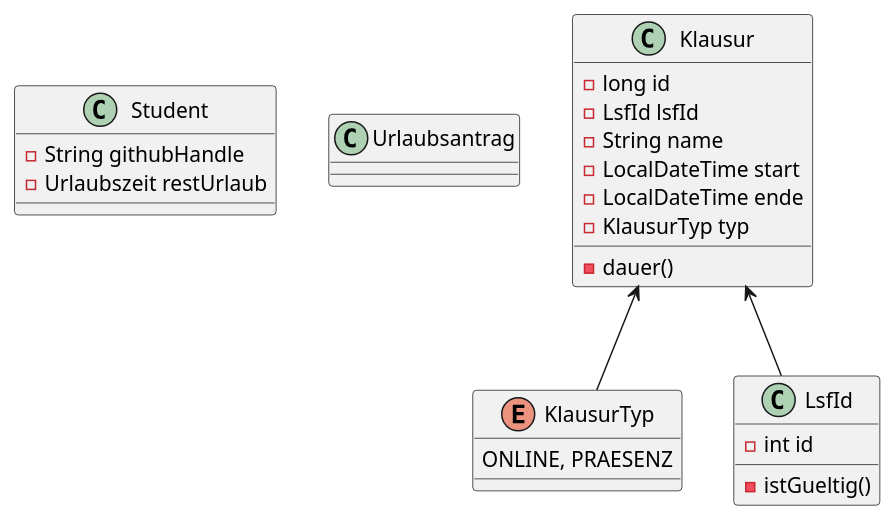
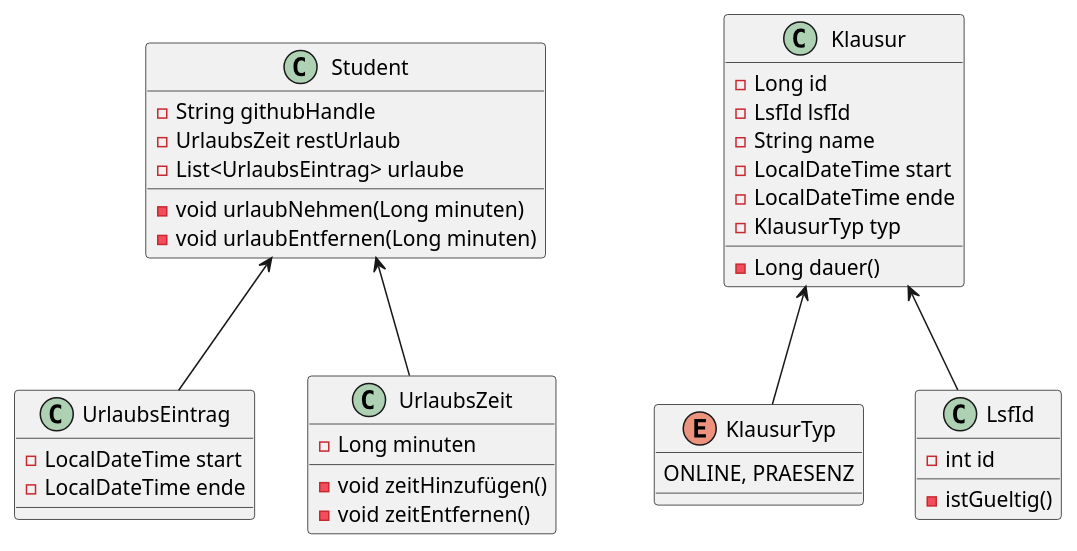
Before and after one commit to winik100/Chicken: the diagram in domain.puml, drawn with PlantUML. The commit also changed 4 other files, not shown here.

Commit message:
Aktualisierung des UML-Diagramms, kleinere Fixes in Student/Klausur

```diff
--- a/domain.puml
+++ b/domain.puml
@@ -1,28 +1,42 @@
 @startuml
 class Student {
 - String githubHandle
-- Urlaubszeit restUrlaub
+- UrlaubsZeit restUrlaub
+- List<UrlaubsEintrag> urlaube
+- void urlaubNehmen(Long minuten)
+- void urlaubEntfernen(Long minuten)
 }
-class Urlaubsantrag {
 
+class UrlaubsEintrag {
+- LocalDateTime start
+- LocalDateTime ende
 }
+
+class UrlaubsZeit {
+- Long minuten
+- void zeitHinzufügen()
+- void zeitEntfernen()
+}
+
 class Klausur {
-- long id
+- Long id
 - LsfId lsfId
 - String name
 - LocalDateTime start
 - LocalDateTime ende
 - KlausurTyp typ
-- dauer()
+- Long dauer()
 }
 enum KlausurTyp {
 ONLINE, PRAESENZ
 }
 class LsfId {
 - int id
 - istGueltig()
 }
 
 Klausur <-- LsfId
 Klausur <-- KlausurTyp
+Student <-- UrlaubsEintrag
+Student <-- UrlaubsZeit
 @enduml
```
